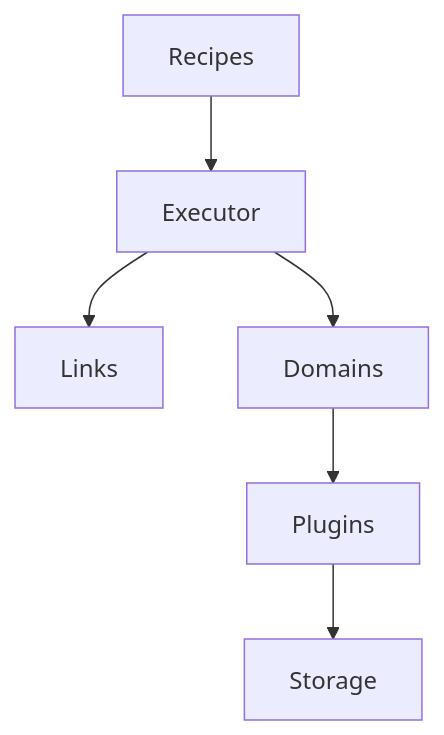
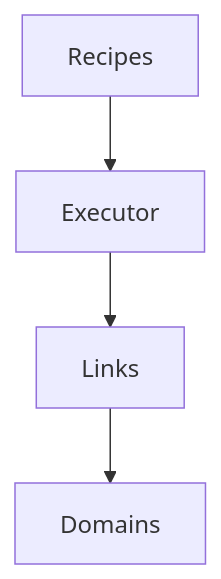
Before and after one commit to muunkky/hottopoteto: the first of 2 diagrams in docs/concepts/architecture.md, drawn with Mermaid. The commit also changed other lines of this file and 11 other files, not shown here.

Commit message:
Pausing documentation to start on architectuure controls. It's in a pretty good state though.

````diff
--- a/docs/concepts/architecture.md
+++ b/docs/concepts/architecture.md
@@ -9,8 +9,6 @@
 ```mermaid
 graph TD;
   Recipes --> Executor;
   Executor --> Links;
-  Executor --> Domains;
-  Domains --> Plugins;
-  Plugins --> Storage;
+  Links --> Domains;
 ```
````
